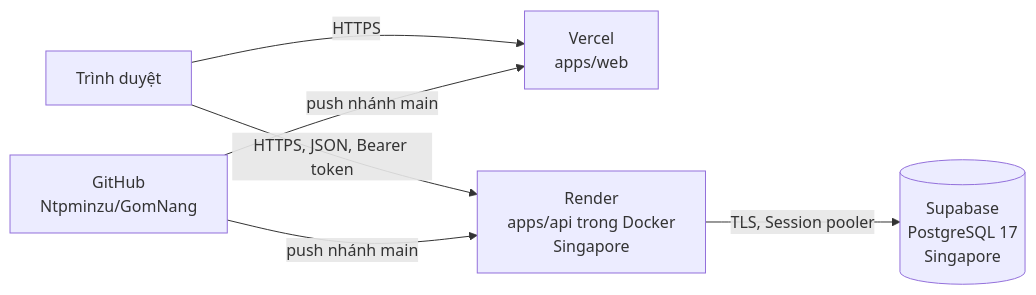
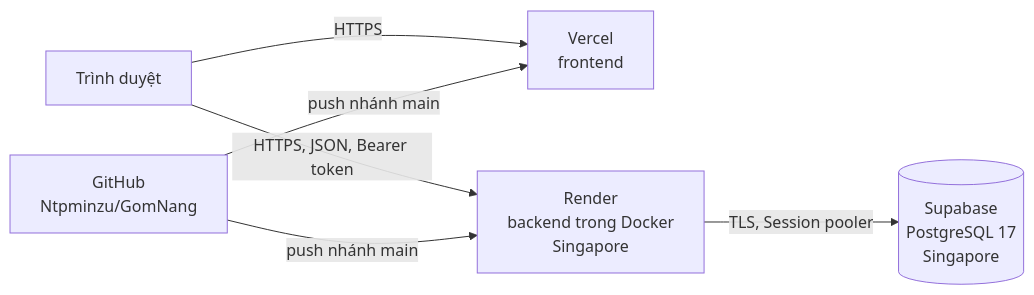
Before and after one commit to Ntpminzu/GomNang: the diagram in docs/deployment.md, drawn with Mermaid. The commit also changed other lines of this file and 99 other files, not shown here.

First line of the commit message:
refactor: đổi apps/api → backend, apps/web → frontend, packages/domain → shared

````diff
--- a/docs/deployment.md
+++ b/docs/deployment.md
@@ -5,8 +5,8 @@
 ```mermaid
 flowchart LR
-    U["Trình duyệt"] -->|"HTTPS"| V["Vercel<br/>apps/web"]
-    U -->|"HTTPS, JSON, Bearer token"| R["Render<br/>apps/api trong Docker<br/>Singapore"]
+    U["Trình duyệt"] -->|"HTTPS"| V["Vercel<br/>frontend"]
+    U -->|"HTTPS, JSON, Bearer token"| R["Render<br/>backend trong Docker<br/>Singapore"]
     R -->|"TLS, Session pooler"| S[("Supabase<br/>PostgreSQL 17<br/>Singapore")]
     G["GitHub<br/>Ntpminzu/GomNang"] -->|"push nhánh main"| V
     G -->|"push nhánh main"| R
 ```
````
